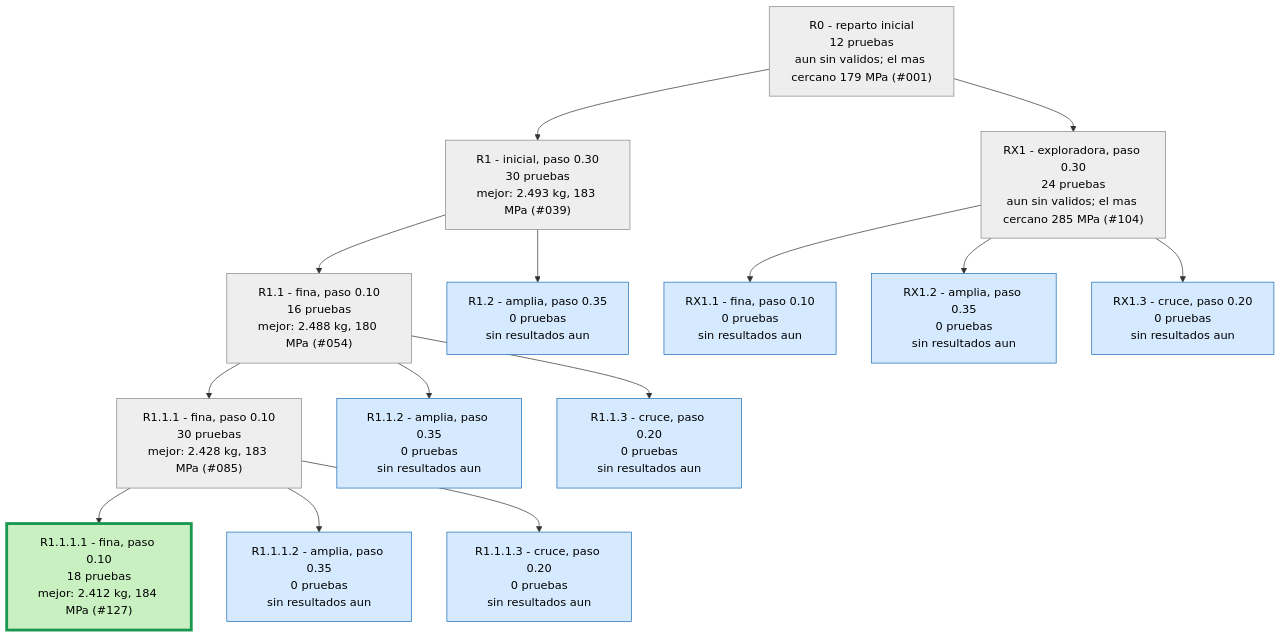
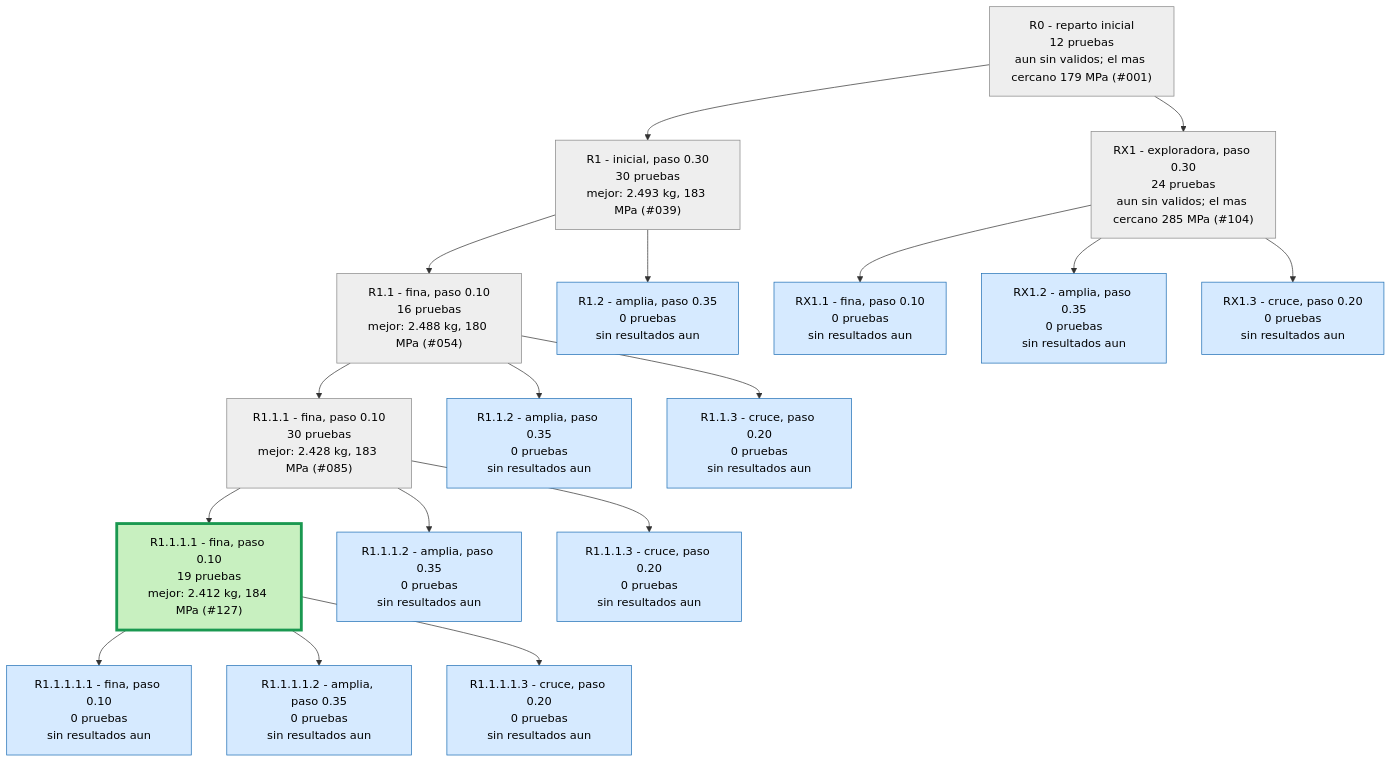
The second of 3 diagrams in runs/opt_37800N/ARBOL.md (Hugiko/msd-soporte-optimizacion), drawn with Mermaid before and after one commit. The commit also changed 25 other files, not shown here.

````diff
--- a/runs/opt_37800N/ARBOL.md
+++ b/runs/opt_37800N/ARBOL.md
@@ -29,33 +29,39 @@
 ```mermaid
 graph TD
 classDef activa fill:#d6eaff,stroke:#1f6fb5,color:#000
 classDef fin fill:#eeeeee,stroke:#888,color:#000
 classDef mejor fill:#c8f0c0,stroke:#1a9850,stroke-width:4px,color:#000
 R0["R0 - reparto inicial<br/>12 pruebas<br/>aun sin validos; el mas cercano 179 MPa (#001)"]:::fin
 R1["R1 - inicial, paso 0.30<br/>30 pruebas<br/>mejor: 2.493 kg, 183 MPa (#039)"]:::fin
 R0 --> R1
 R1_1["R1.1 - fina, paso 0.10<br/>16 pruebas<br/>mejor: 2.488 kg, 180 MPa (#054)"]:::fin
 R1 --> R1_1
 R1_2["R1.2 - amplia, paso 0.35<br/>0 pruebas<br/>sin resultados aun"]:::activa
 R1 --> R1_2
 R1_1_1["R1.1.1 - fina, paso 0.10<br/>30 pruebas<br/>mejor: 2.428 kg, 183 MPa (#085)"]:::fin
 R1_1 --> R1_1_1
 R1_1_2["R1.1.2 - amplia, paso 0.35<br/>0 pruebas<br/>sin resultados aun"]:::activa
 R1_1 --> R1_1_2
 R1_1_3["R1.1.3 - cruce, paso 0.20<br/>0 pruebas<br/>sin resultados aun"]:::activa
 R1_1 --> R1_1_3
-R1_1_1_1["R1.1.1.1 - fina, paso 0.10<br/>18 pruebas<br/>mejor: 2.412 kg, 184 MPa (#127)"]:::mejor
+R1_1_1_1["R1.1.1.1 - fina, paso 0.10<br/>19 pruebas<br/>mejor: 2.412 kg, 184 MPa (#127)"]:::mejor
 R1_1_1 --> R1_1_1_1
 R1_1_1_2["R1.1.1.2 - amplia, paso 0.35<br/>0 pruebas<br/>sin resultados aun"]:::activa
 R1_1_1 --> R1_1_1_2
 R1_1_1_3["R1.1.1.3 - cruce, paso 0.20<br/>0 pruebas<br/>sin resultados aun"]:::activa
 R1_1_1 --> R1_1_1_3
 RX1["RX1 - exploradora, paso 0.30<br/>24 pruebas<br/>aun sin validos; el mas cercano 285 MPa (#104)"]:::fin
 R0 --> RX1
 RX1_1["RX1.1 - fina, paso 0.10<br/>0 pruebas<br/>sin resultados aun"]:::activa
 RX1 --> RX1_1
 RX1_2["RX1.2 - amplia, paso 0.35<br/>0 pruebas<br/>sin resultados aun"]:::activa
 RX1 --> RX1_2
 RX1_3["RX1.3 - cruce, paso 0.20<br/>0 pruebas<br/>sin resultados aun"]:::activa
 RX1 --> RX1_3
+R1_1_1_1_1["R1.1.1.1.1 - fina, paso 0.10<br/>0 pruebas<br/>sin resultados aun"]:::activa
+R1_1_1_1 --> R1_1_1_1_1
+R1_1_1_1_2["R1.1.1.1.2 - amplia, paso 0.35<br/>0 pruebas<br/>sin resultados aun"]:::activa
+R1_1_1_1 --> R1_1_1_1_2
+R1_1_1_1_3["R1.1.1.1.3 - cruce, paso 0.20<br/>0 pruebas<br/>sin resultados aun"]:::activa
+R1_1_1_1 --> R1_1_1_1_3
 ```
````
